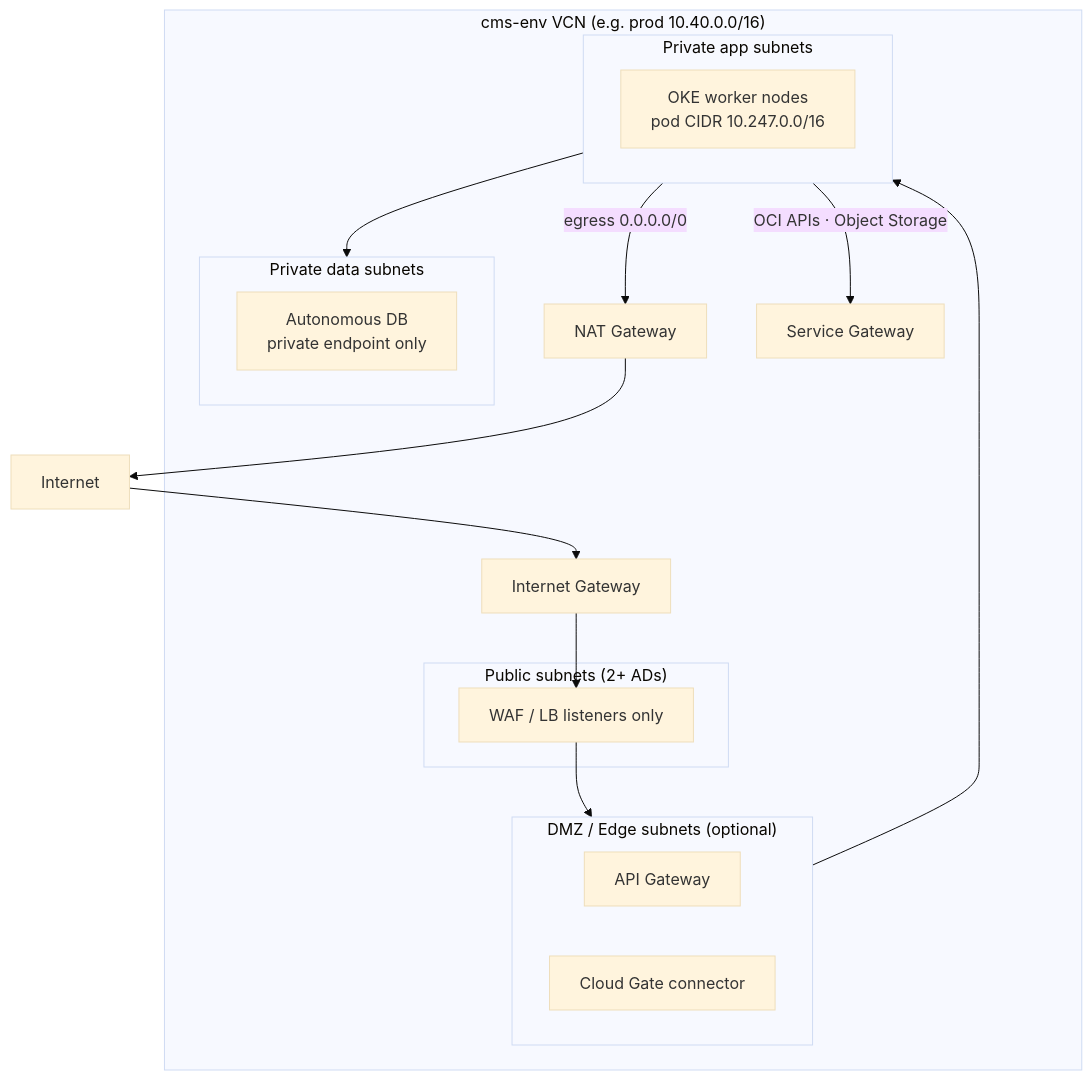
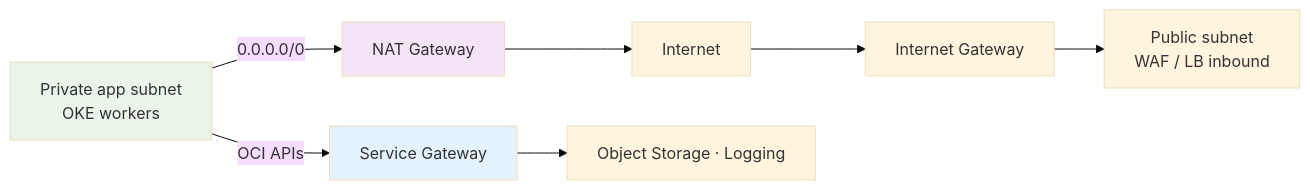
One commit to gitmujoshi/Confidential-AI-Network changed the tenth of 12 diagrams in README.md. Above: the diagram before and after it, drawn with Mermaid (base theme). The commit also changed other lines of this file, not shown here.

First line of the commit message:
docs: refactor README architecture diagrams into focused chunks

````diff
--- a/README.md
+++ b/README.md
@@ -208,34 +247,18 @@
 ```mermaid
-flowchart TB
-  Internet[Internet]
+flowchart LR
+  INET[Internet]
+  IGW[Internet Gateway]
+  PUB["Public subnet<br/>WAF / LB inbound"]
+  APP["Private app subnet<br/>OKE workers"]
+  NAT[NAT Gateway]
+  SGW[Service Gateway]
+  OCI["Object Storage · Logging"]
 
-  subgraph VCN["cms-env VCN (e.g. prod 10.40.0.0/16)"]
-    IGW[Internet Gateway]
+  INET --> IGW --> PUB
+  APP -->|0.0.0.0/0| NAT --> INET
+  APP -->|OCI APIs| SGW --> OCI
 
-    subgraph Public["Public subnets (2+ ADs)"]
-      WAF_LB[WAF / LB listeners only]
-    end
-
-    subgraph DMZ["DMZ / Edge subnets (optional)"]
-      APIGW_N[API Gateway]
-      CG_N[Cloud Gate connector]
-    end
-
-    subgraph AppTier["Private app subnets"]
-      OKE[OKE worker nodes<br/>pod CIDR 10.247.0.0/16]
-    end
-
-    subgraph DataTier["Private data subnets"]
-      ADB[Autonomous DB<br/>private endpoint only]
-    end
-
-    NAT[NAT Gateway]
-    SGW[Service Gateway]
-  end
-
-  Internet --> IGW --> WAF_LB
-  WAF_LB --> DMZ --> AppTier
-  AppTier --> DataTier
-  AppTier -->|egress 0.0.0.0/0| NAT --> Internet
-  AppTier -->|OCI APIs · Object Storage| SGW
+  style APP fill:#e8f5e8
+  style NAT fill:#f3e5f5
+  style SGW fill:#e3f2fd
 ```
````
